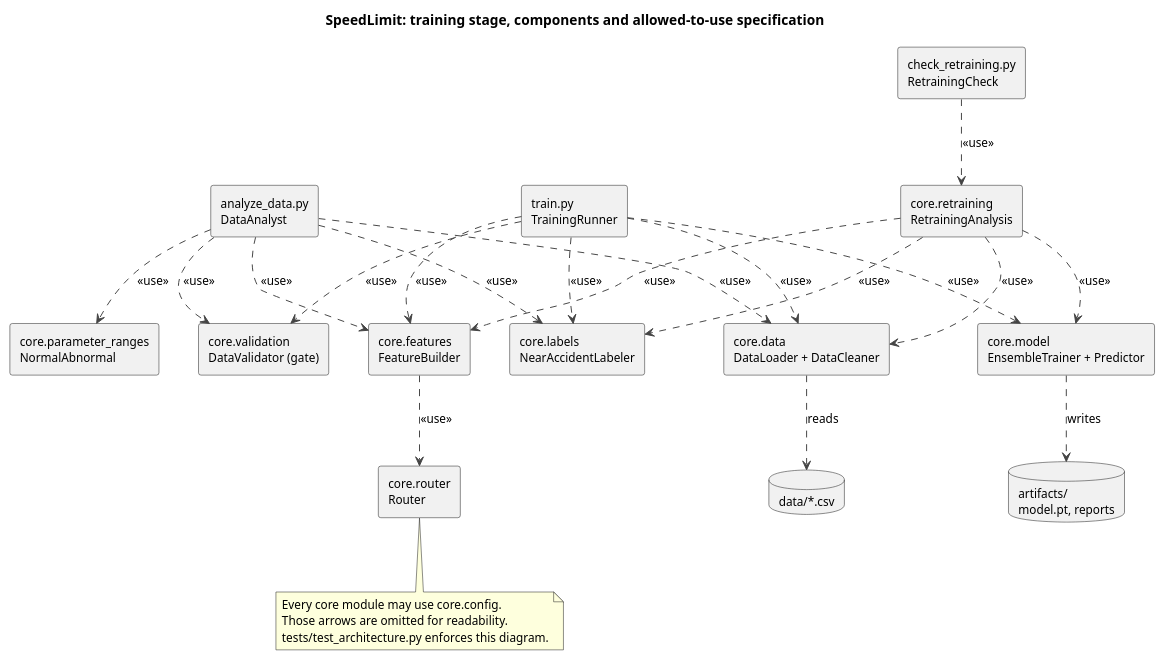
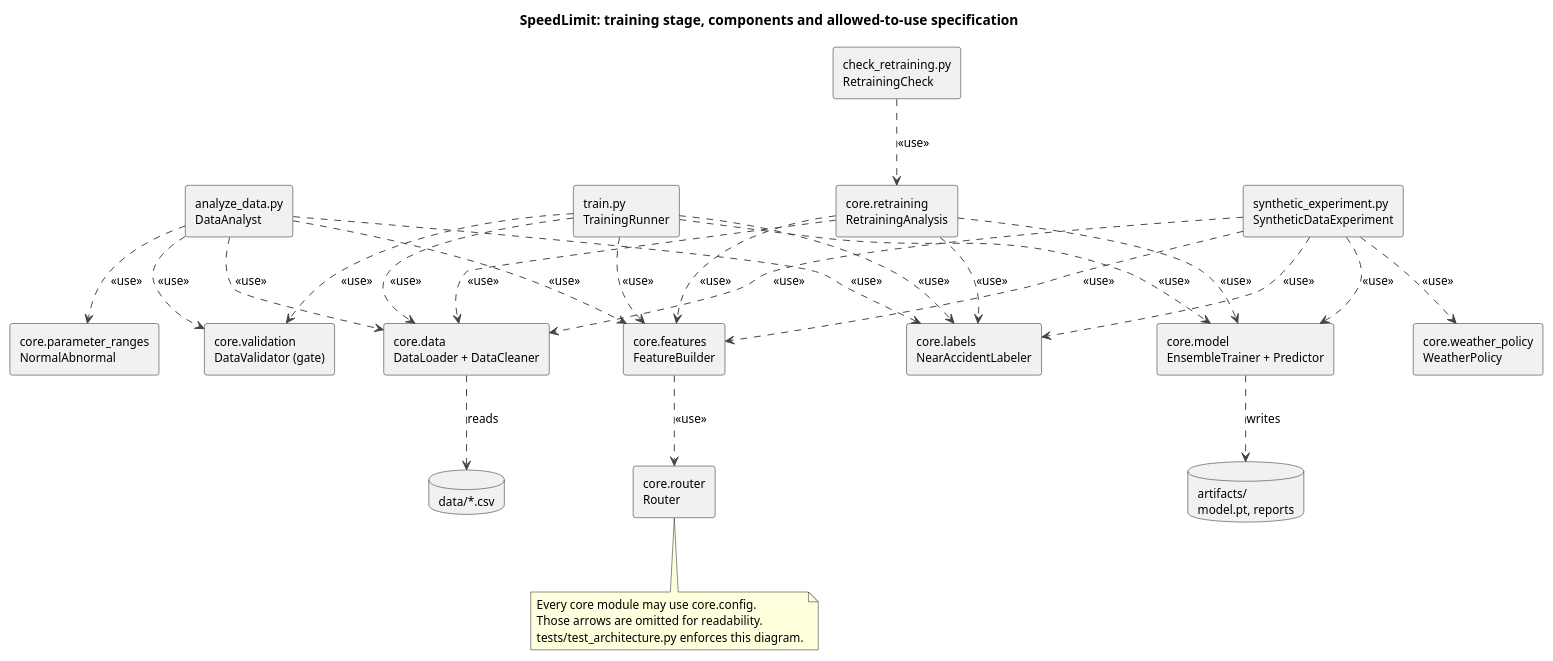
One commit to xDGeo/SpeedLimitExampleSEA changed the diagram in docs/uml/01_architecture_training.puml. Above: the diagram before and after it, drawn with PlantUML. The commit also changed 12 other files, not shown here.

First line of the commit message:
Add synthetic data experiment

```diff
--- a/docs/uml/01_architecture_training.puml
+++ b/docs/uml/01_architecture_training.puml
@@ -1,48 +1,55 @@
 @startuml 01_architecture_training
 title SpeedLimit: training stage, components and allowed-to-use specification
 skinparam shadowing false
 skinparam componentStyle rectangle
 skinparam nodesep 40
 skinparam ranksep 70
 skinparam defaultFontSize 12
 skinparam ArrowColor #444444
 
 [train.py\nTrainingRunner] as Train
 [analyze_data.py\nDataAnalyst] as Analyze
 [check_retraining.py\nRetrainingCheck] as RetrainCli
 [core.retraining\nRetrainingAnalysis] as Retraining
 [core.data\nDataLoader + DataCleaner] as Data
 [core.validation\nDataValidator (gate)] as Validation
 [core.labels\nNearAccidentLabeler] as Labels
 [core.features\nFeatureBuilder] as Features
 [core.model\nEnsembleTrainer + Predictor] as Model
 [core.router\nRouter] as Router
 [core.parameter_ranges\nNormalAbnormal] as Ranges
+[synthetic_experiment.py\nSyntheticDataExperiment] as Synthetic
+[core.weather_policy\nWeatherPolicy] as Weather
 database "data/*.csv" as CSV
 database "artifacts/\nmodel.pt, reports" as Art
 
 Analyze ..> Data : <<use>>
 Analyze ..> Validation : <<use>>
 Analyze ..> Labels : <<use>>
 Analyze ..> Ranges : <<use>>
 Analyze ..> Features : <<use>>
 Train ..> Data : <<use>>
 Train ..> Validation : <<use>>
 Train ..> Labels : <<use>>
 Train ..> Features : <<use>>
 Train ..> Model : <<use>>
 RetrainCli ..> Retraining : <<use>>
 Retraining ..> Data : <<use>>
 Retraining ..> Labels : <<use>>
 Retraining ..> Features : <<use>>
 Retraining ..> Model : <<use>>
+Synthetic ..> Data : <<use>>
+Synthetic ..> Labels : <<use>>
+Synthetic ..> Features : <<use>>
+Synthetic ..> Model : <<use>>
+Synthetic ..> Weather : <<use>>
 Features ..> Router : <<use>>
 Data ..> CSV : reads
 Model ..> Art : writes
 
 note bottom of Router
   Every core module may use core.config.
   Those arrows are omitted for readability.
   tests/test_architecture.py enforces this diagram.
 end note
 @enduml
```
